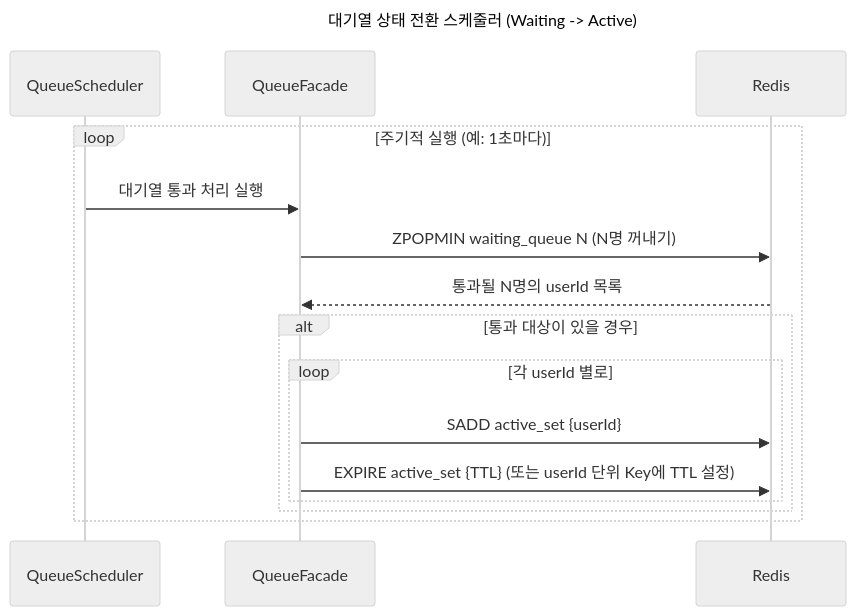
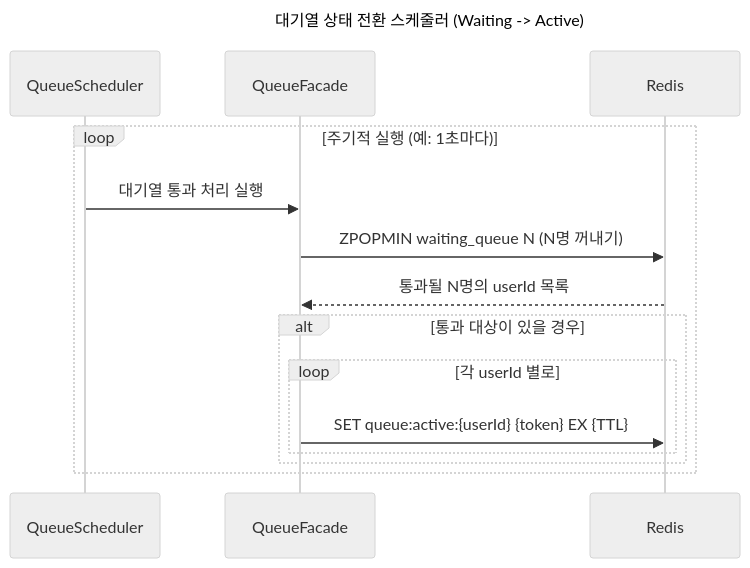
One commit to eelseungmin/loop-pack-be-l2-vol4-java changed diagram 14 of 15 in docs/week2/02-sequence-diagrams.md. Above: the diagram before and after it, drawn with Mermaid (neutral theme). The commit also changed other lines of this file and 1 other file, not shown here.

Commit message:
test: 대기열 Active 토큰 사용자별 독립 TTL 적용(문서 수정 및 검증 테스트 추가)

````diff
--- a/docs/week2/02-sequence-diagrams.md
+++ b/docs/week2/02-sequence-diagrams.md
@@ -600,20 +600,19 @@
 ```mermaid
 sequenceDiagram
     title 대기열 상태 전환 스케줄러 (Waiting -> Active)
     participant Scheduler as QueueScheduler
     participant Facade as QueueFacade
     participant Redis
 
     loop 주기적 실행 (예: 1초마다)
         Scheduler->>Facade: 대기열 통과 처리 실행
         Facade->>Redis: ZPOPMIN waiting_queue N (N명 꺼내기)
         Redis-->>Facade: 통과될 N명의 userId 목록
         
         alt 통과 대상이 있을 경우
             loop 각 userId 별로
-                Facade->>Redis: SADD active_set {userId}
-                Facade->>Redis: EXPIRE active_set {TTL} (또는 userId 단위 Key에 TTL 설정)
+                Facade->>Redis: SET queue:active:{userId} {token} EX {TTL}
             end
         end
     end
 ```
````
